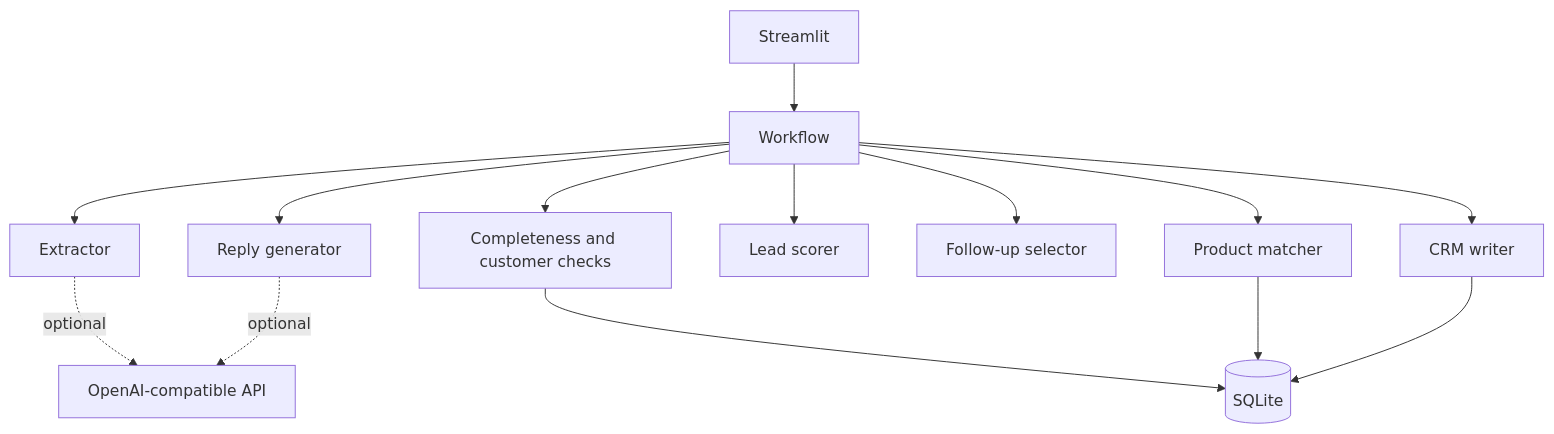
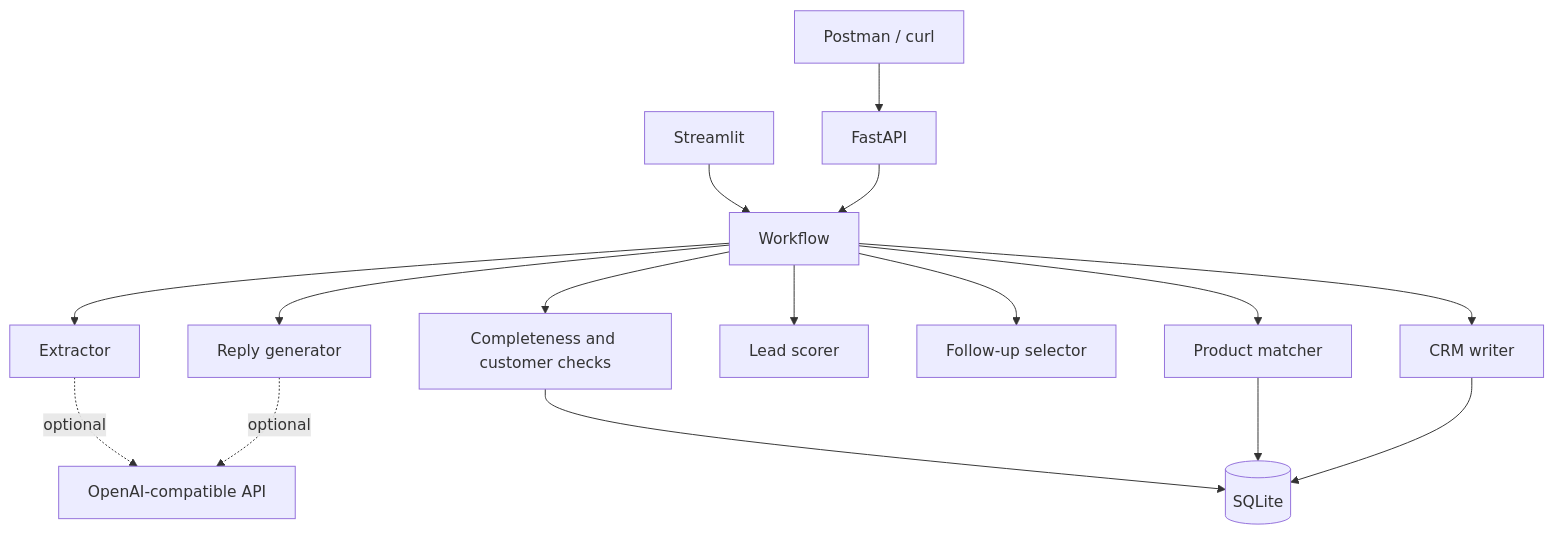
The diagram in docs/04_system_architecture.md (majinwen91-spec/gearlead-ai), drawn with Mermaid before and after one commit. The commit also changed other lines of this file and 24 other files, not shown here.

````diff
--- a/docs/04_system_architecture.md
+++ b/docs/04_system_architecture.md
@@ -3,16 +3,18 @@
 ```mermaid
 flowchart TD
     UI[Streamlit] --> WF[Workflow]
+    Client[Postman / curl] --> REST[FastAPI]
+    REST --> WF
     WF --> EX[Extractor]
     WF --> CC[Completeness and customer checks]
     WF --> PM[Product matcher]
     WF --> LS[Lead scorer]
     WF --> FS[Follow-up selector]
     WF --> RG[Reply generator]
     WF --> CW[CRM writer]
     EX -. optional .-> API[OpenAI-compatible API]
     RG -. optional .-> API
     CC --> DB[(SQLite)]
     PM --> DB
     CW --> DB
 ```
````
